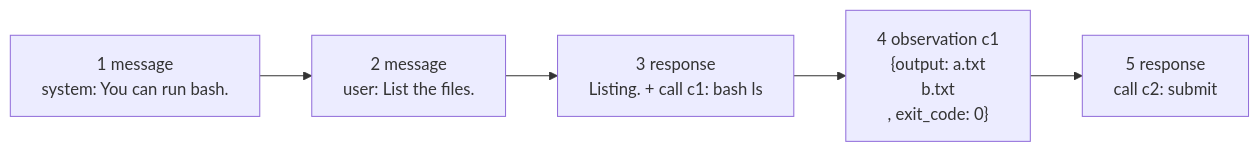
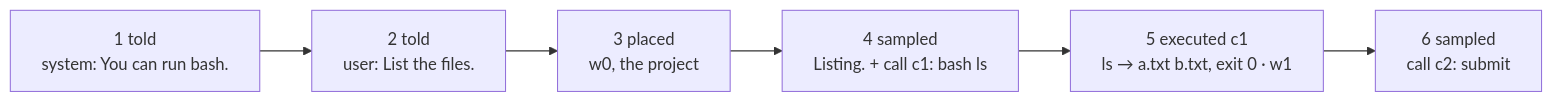
Before and after one commit to pku-xht/alaya: the first of 3 diagrams in docs/agent-api.md, drawn with Mermaid. The commit also changed other lines of this file and 48 other files, not shown here.

````diff
--- a/docs/agent-api.md
+++ b/docs/agent-api.md
@@ -41,9 +85,10 @@
 ```mermaid
 flowchart LR
-  E1["1 message<br/>system: You can run bash."]
-  E2["2 message<br/>user: List the files."]
-  E3["3 response<br/>Listing. + call c1: bash ls"]
-  E4["4 observation c1<br/>{output: a.txt\nb.txt\n, exit_code: 0}"]
-  E5["5 response<br/>call c2: submit"]
-  E1 --> E2 --> E3 --> E4 --> E5
+  E1["1 told<br/>system: You can run bash."]
+  E2["2 told<br/>user: List the files."]
+  E0["3 placed<br/>w0, the project"]
+  E3["4 sampled<br/>Listing. + call c1: bash ls"]
+  E4["5 executed c1<br/>ls → a.txt b.txt, exit 0 · w1"]
+  E5["6 sampled<br/>call c2: submit"]
+  E1 --> E2 --> E0 --> E3 --> E4 --> E5
 ```
````
